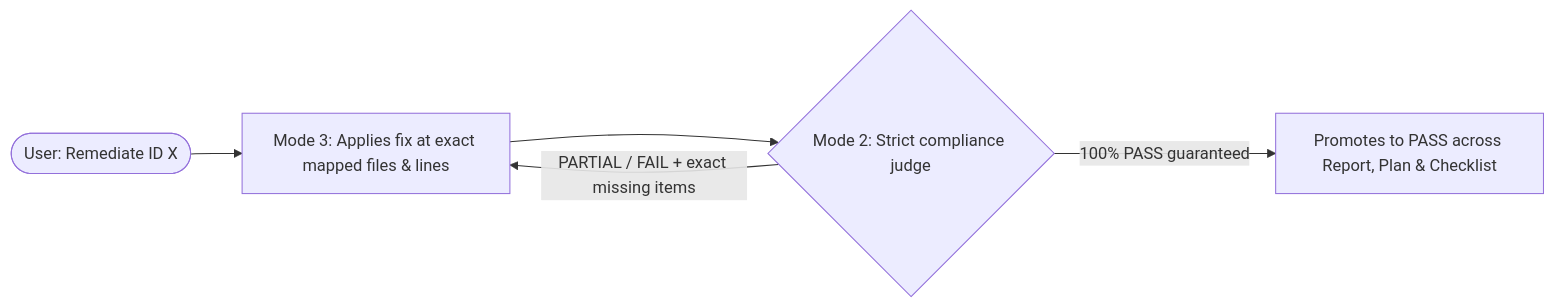
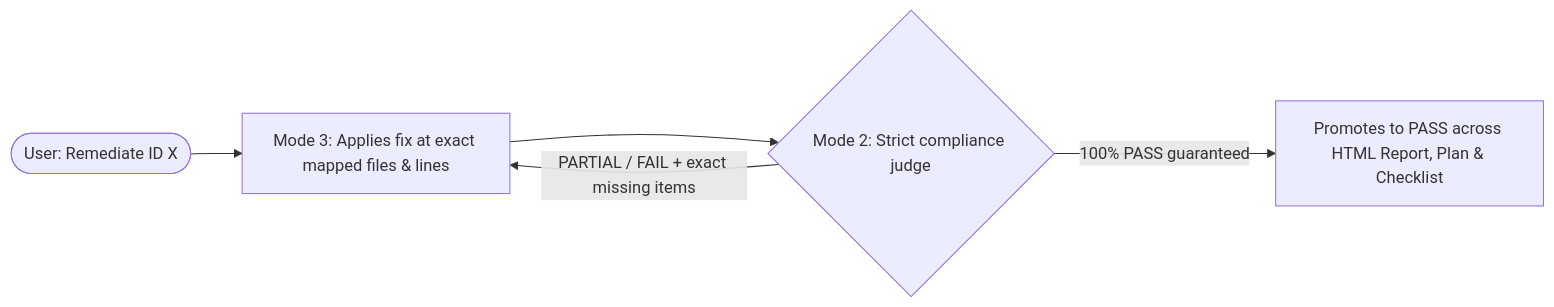
The diagram in README.md (BrunoReiff/embed-sec-auditor), drawn with Mermaid before and after one commit. The commit also changed other lines of this file and 11 other files, not shown here.

````diff
--- a/README.md
+++ b/README.md
@@ -90,7 +94,7 @@
 ```mermaid
 flowchart LR
     U(["User: Remediate ID X"]) --> M3["Mode 3: Applies fix at exact mapped files & lines"]
     M3 --> M2{"Mode 2: Strict compliance judge"}
     M2 -->|"PARTIAL / FAIL + exact missing items"| M3
-    M2 -->|"100% PASS guaranteed"| OK["Promotes to PASS across Report, Plan & Checklist"]
+    M2 -->|"100% PASS guaranteed"| OK["Promotes to PASS across HTML Report, Plan & Checklist"]
 ```
````
